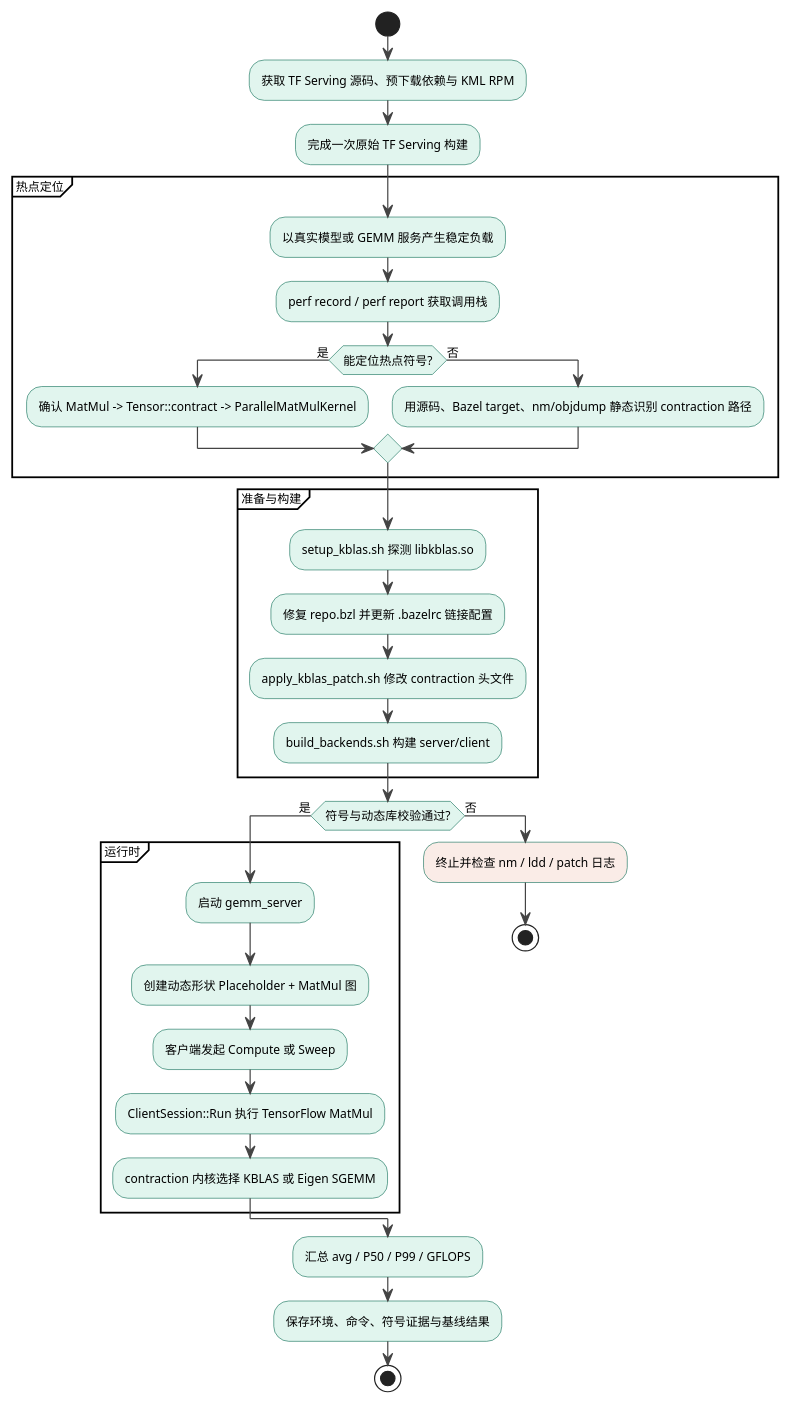
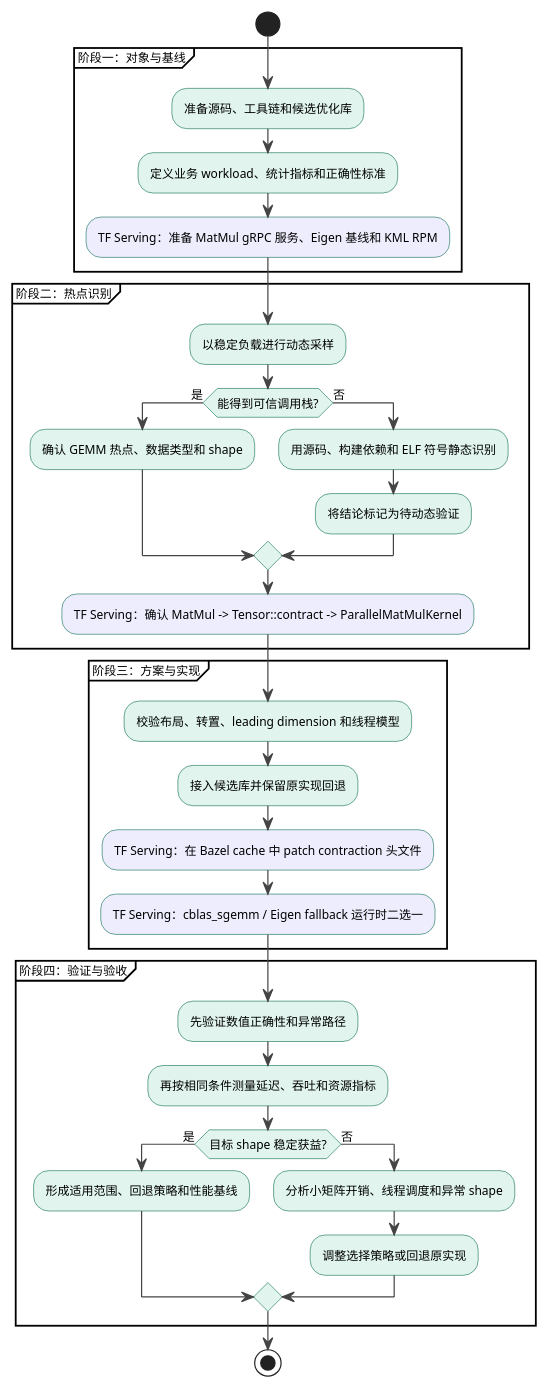
Before and after one commit to wlmnzf40/kblas-gemm-tuning: the first of 10 diagrams in references/detailed-design.md, drawn with PlantUML. The commit also changed other lines of this file, not shown here.

Commit message:
docs: restructure KML tuning design workflow

````diff
--- a/references/detailed-design.md
+++ b/references/detailed-design.md
@@ -36,49 +37,50 @@
 ```plantuml
 @startuml
 skinparam defaultFontName "Microsoft YaHei"
 skinparam defaultFontSize 10
 skinparam ActivityBackgroundColor #E1F5EE
 skinparam ActivityBorderColor #0F6E56
 skinparam ArrowColor #444444
 skinparam DiamondBackgroundColor #FAEEDA
 skinparam DiamondBorderColor #854F0B
 
 start
-:获取 TF Serving 源码、预下载依赖与 KML RPM;
-:完成一次原始 TF Serving 构建;
 
-partition "热点定位" {
-  :以真实模型或 GEMM 服务产生稳定负载;
-  :perf record / perf report 获取调用栈;
-  if (能定位热点符号?) then (是)
-    :确认 MatMul -> Tensor::contract -> ParallelMatMulKernel;
+partition "阶段一：对象与基线" {
+  :准备源码、工具链和候选优化库;
+  :定义业务 workload、统计指标和正确性标准;
+  #EEEDFE:TF Serving：准备 MatMul gRPC 服务、Eigen 基线和 KML RPM;
+}
+
+partition "阶段二：热点识别" {
+  :以稳定负载进行动态采样;
+  if (能得到可信调用栈?) then (是)
+    :确认 GEMM 热点、数据类型和 shape;
   else (否)
-    :用源码、Bazel target、nm/objdump 静态识别 contraction 路径;
+    :用源码、构建依赖和 ELF 符号静态识别;
+    :将结论标记为待动态验证;
+  endif
+  #EEEDFE:TF Serving：确认 MatMul -> Tensor::contract -> ParallelMatMulKernel;
+}
+
+partition "阶段三：方案与实现" {
+  :校验布局、转置、leading dimension 和线程模型;
+  :接入候选库并保留原实现回退;
+  #EEEDFE:TF Serving：在 Bazel cache 中 patch contraction 头文件;
+  #EEEDFE:TF Serving：cblas_sgemm / Eigen fallback 运行时二选一;
+}
+
+partition "阶段四：验证与验收" {
+  :先验证数值正确性和异常路径;
+  :再按相同条件测量延迟、吞吐和资源指标;
+  if (目标 shape 稳定获益?) then (是)
+    :形成适用范围、回退策略和性能基线;
+  else (否)
+    :分析小矩阵开销、线程调度和异常 shape;
+    :调整选择策略或回退原实现;
   endif
 }
 
-partition "准备与构建" {
-  :setup_kblas.sh 探测 libkblas.so;
-  :修复 repo.bzl 并更新 .bazelrc 链接配置;
-  :apply_kblas_patch.sh 修改 contraction 头文件;
-  :build_backends.sh 构建 server/client;
-}
-
-if (符号与动态库校验通过?) then (是)
-  partition "运行时" {
-    :启动 gemm_server;
-    :创建动态形状 Placeholder + MatMul 图;
-    :客户端发起 Compute 或 Sweep;
-    :ClientSession::Run 执行 TensorFlow MatMul;
-    :contraction 内核选择 KBLAS 或 Eigen SGEMM;
-  }
-else (否)
-  #FAECE7:终止并检查 nm / ldd / patch 日志;
-  stop
-endif
-
-:汇总 avg / P50 / P99 / GFLOPS;
-:保存环境、命令、符号证据与基线结果;
 stop
 @enduml
 ```
````
